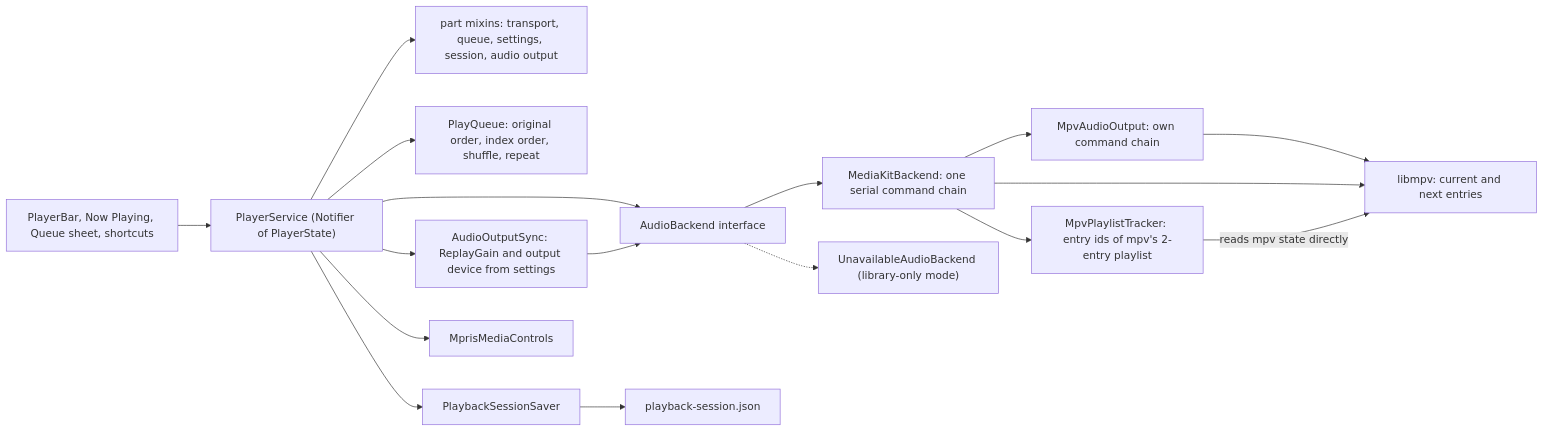
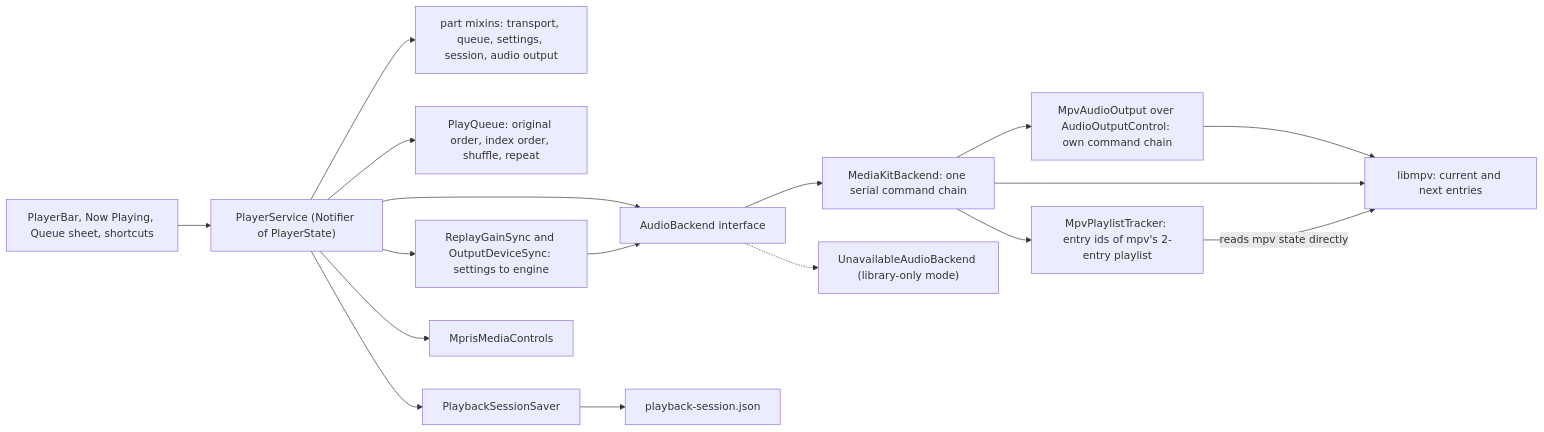
One commit to kanaru313/kanaru changed the fourth of 8 diagrams in docs/system-architecture.md. Above: the diagram before and after it, drawn with Mermaid. The commit also changed other lines of this file and 25 other files, not shown here.

First line of the commit message:
fix(player): keep the ReplayGain level when the queue is cleared

````diff
--- a/docs/system-architecture.md
+++ b/docs/system-architecture.md
@@ -188,19 +188,19 @@
 ```mermaid
 flowchart LR
     UI["PlayerBar, Now Playing, Queue sheet, shortcuts"] --> PS["PlayerService (Notifier of PlayerState)"]
     PS --> Parts["part mixins: transport, queue, settings, session, audio output"]
     PS --> PQ["PlayQueue: original order, index order, shuffle, repeat"]
     PS --> AB["AudioBackend interface"]
-    PS --> Sync["AudioOutputSync: ReplayGain and output device from settings"]
+    PS --> Sync["ReplayGainSync and OutputDeviceSync: settings to engine"]
     Sync --> AB
     PS --> Sess["PlaybackSessionSaver"]
     AB --> MKB["MediaKitBackend: one serial command chain"]
     AB -.-> UAB["UnavailableAudioBackend (library-only mode)"]
     MKB --> Track["MpvPlaylistTracker: entry ids of mpv's 2-entry playlist"]
-    MKB --> AO["MpvAudioOutput: own command chain"]
+    MKB --> AO["MpvAudioOutput over AudioOutputControl: own command chain"]
     AO --> Mpv
     MKB --> Mpv["libmpv: current and next entries"]
     Track -- "reads mpv state directly" --> Mpv
     Sess --> File["playback-session.json"]
     PS --> MC["MprisMediaControls"]
 ```
````
